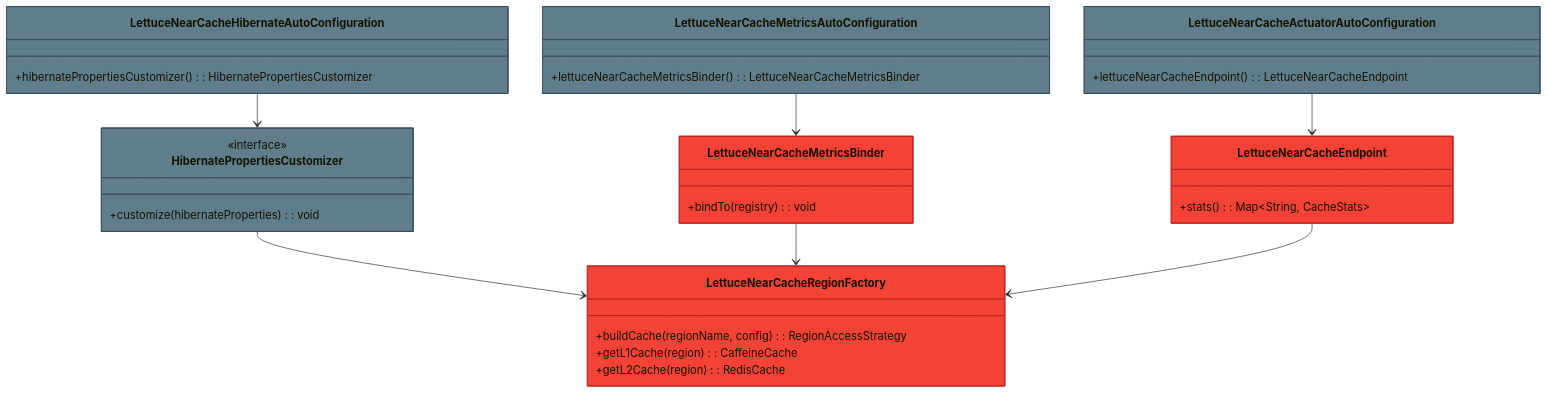
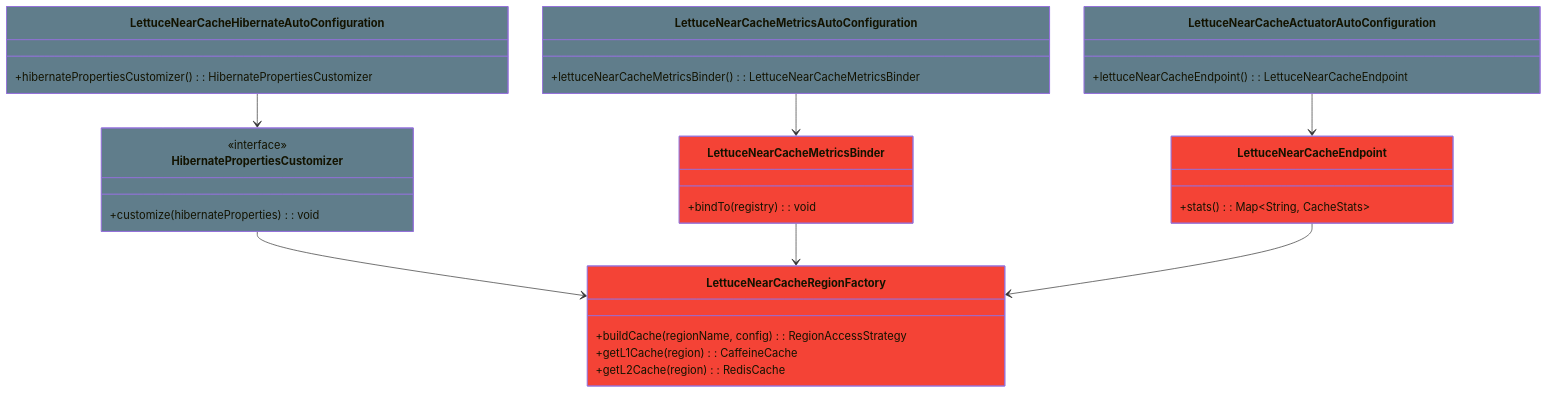
Before and after one commit to bluetape4k/bluetape4k-projects: the first of 2 diagrams in spring-boot4/hibernate-lettuce/README.md, drawn with Mermaid. The commit also changed 94 other files, not shown here.

First line of the commit message:
docs: Mermaid classDef에서 stroke:#색상 제거 (파서 오류 수정)

````diff
--- a/spring-boot4/hibernate-lettuce/README.md
+++ b/spring-boot4/hibernate-lettuce/README.md
@@ -9,40 +9,40 @@
 ```mermaid
 classDiagram
     class LettuceNearCacheHibernateAutoConfiguration:::configStyle {
         +hibernatePropertiesCustomizer(): HibernatePropertiesCustomizer
     }
     class LettuceNearCacheMetricsAutoConfiguration:::configStyle {
         +lettuceNearCacheMetricsBinder(): LettuceNearCacheMetricsBinder
     }
     class LettuceNearCacheActuatorAutoConfiguration:::configStyle {
         +lettuceNearCacheEndpoint(): LettuceNearCacheEndpoint
     }
     class HibernatePropertiesCustomizer:::configStyle {
         <<interface>>
         +customize(hibernateProperties): void
     }
     class LettuceNearCacheRegionFactory:::cacheStyle {
         +buildCache(regionName, config): RegionAccessStrategy
         +getL1Cache(region): CaffeineCache
         +getL2Cache(region): RedisCache
     }
     class LettuceNearCacheMetricsBinder:::cacheStyle {
         +bindTo(registry): void
     }
     class LettuceNearCacheEndpoint:::cacheStyle {
         +stats(): Map~String, CacheStats~
     }
-    classDef controllerStyle fill:#2196F3,stroke:#1565C0
-    classDef serviceStyle fill:#4CAF50,stroke:#388E3C
-    classDef repoStyle fill:#9C27B0,stroke:#6A1B9A
-    classDef entityStyle fill:#FF9800,stroke:#E65100
-    classDef configStyle fill:#607D8B,stroke:#37474F
-    classDef cacheStyle fill:#F44336,stroke:#B71C1C
+    classDef controllerStyle fill:#2196F3
+    classDef serviceStyle fill:#4CAF50
+    classDef repoStyle fill:#9C27B0
+    classDef entityStyle fill:#FF9800
+    classDef configStyle fill:#607D8B
+    classDef cacheStyle fill:#F44336
 
     LettuceNearCacheHibernateAutoConfiguration --> HibernatePropertiesCustomizer
     HibernatePropertiesCustomizer --> LettuceNearCacheRegionFactory
     LettuceNearCacheMetricsAutoConfiguration --> LettuceNearCacheMetricsBinder
     LettuceNearCacheActuatorAutoConfiguration --> LettuceNearCacheEndpoint
     LettuceNearCacheMetricsBinder --> LettuceNearCacheRegionFactory
     LettuceNearCacheEndpoint --> LettuceNearCacheRegionFactory
 ```
````
